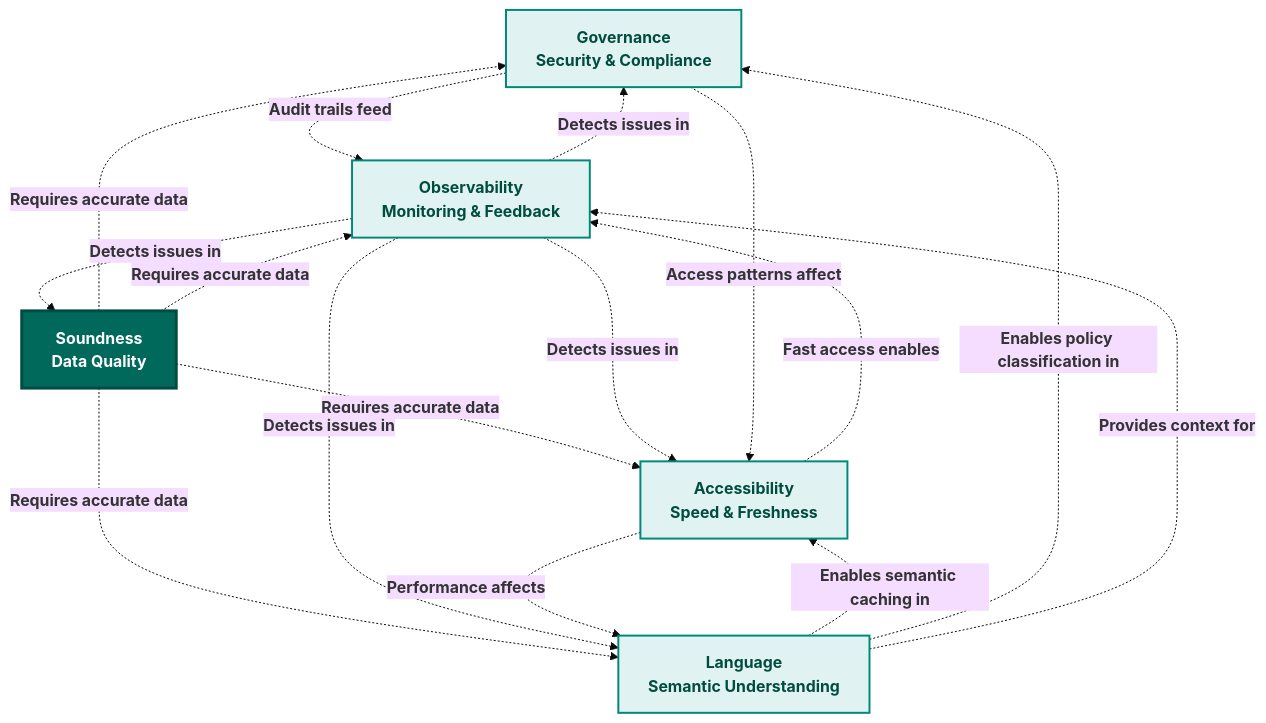
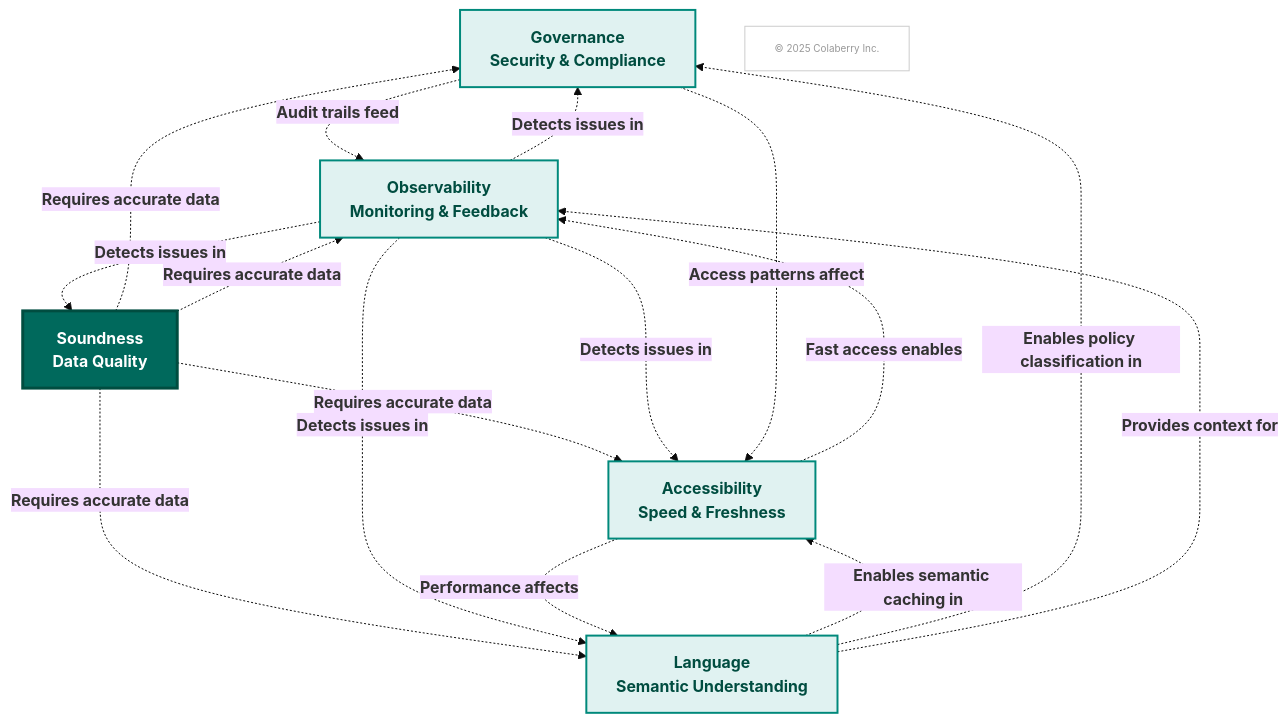
One commit to colaberry/enterprise-data-readiness-ai-agents changed the ninth of 11 diagrams in chapter-02/chapter_2_complete.md. Above: the diagram before and after it, drawn with Mermaid (base theme). The commit also changed other lines of this file, not shown here.

````diff
--- a/chapter-02/chapter_2_complete.md
+++ b/chapter-02/chapter_2_complete.md
@@ -1472,39 +1495,42 @@
 ```mermaid
 graph TB
     G["<b>Governance
     Security & Compliance</b>"]
     O["<b>Observability
     Monitoring & Feedback</b>"]
     A["<b>Accessibility
     Speed & Freshness</b>"]
     L["<b>Language
     Semantic Understanding</b>"]
     S["<b>Soundness
     Data Quality</b>"]
     
     S -.->|<b>Requires accurate data</b>| G
     S -.->|<b>Requires accurate data</b>| O
     S -.->|<b>Requires accurate data</b>| A
     S -.->|<b>Requires accurate data</b>| L
     
     O -.->|<b>Detects issues in</b>| G
     O -.->|<b>Detects issues in</b>| A
     O -.->|<b>Detects issues in</b>| L
     O -.->|<b>Detects issues in</b>| S
     
     L -.->|<b>Enables semantic caching in</b>| A
     L -.->|<b>Enables policy classification in</b>| G
     L -.->|<b>Provides context for</b>| O
     
     A -.->|<b>Fast access enables</b>| O
     A -.->|<b>Performance affects</b>| L
     
     G -.->|<b>Audit trails feed</b>| O
     G -.->|<b>Access patterns affect</b>| A
     
     style G fill:#e0f2f1,stroke:#00897b,stroke-width:2px,color:#004d40
     style O fill:#e0f2f1,stroke:#00897b,stroke-width:2px,color:#004d40
     style A fill:#e0f2f1,stroke:#00897b,stroke-width:2px,color:#004d40
     style L fill:#e0f2f1,stroke:#00897b,stroke-width:2px,color:#004d40
     style S fill:#00695c,color:#ffffff,stroke:#004d40,stroke-width:3px
+    
+    COPYRIGHT["© 2025 Colaberry Inc."]
+    style COPYRIGHT fill:#ffffff,stroke:#cccccc,stroke-width:1px,color:#999999,font-size:10px
 ```
````
